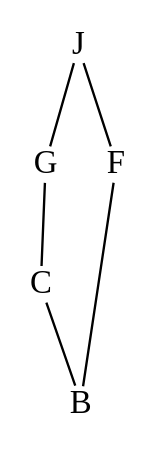
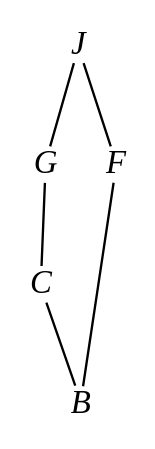
One commit to opencaesar/owl-tools changed the diagram in owl-close-world/step-2-child-identified.dot. Above: the diagram before and after it, drawn with Graphviz. The commit also changed 38 other files, not shown here.

```diff
--- a/owl-close-world/step-2-child-identified.dot
+++ b/owl-close-world/step-2-child-identified.dot
@@ -1,58 +1,63 @@
 digraph BundleClosure__Taxonomy {
     rankdir = BT
 
     G [
+        fontname = "Times-Italic",
         fontsize = 14,
         shape = plain,
         label = G
     ]
 
     J [
+        fontname = "Times-Italic",
         fontsize = 14,
         shape = plain,
         label = J
     ]
 
     C [
+        fontname = "Times-Italic",
         fontsize = 14,
         shape = plain,
         label = C
     ]
 
     F [
+        fontname = "Times-Italic",
         fontsize = 14,
         shape = plain,
         label = F
     ]
 
     B [
+        fontname = "Times-Italic",
         fontsize = 14,
         shape = plain,
         label = B
     ]
 
     G -> J [
         arrowhead = none,
         fontsize = 8
     ]
 
     C -> G [
         arrowhead = none,
         fontsize = 8
     ]
 
     F -> J [
         arrowhead = none,
         fontsize = 8
     ]
 
     B -> C [
         arrowhead = none,
         fontsize = 8
     ]
 
     B -> F [
         arrowhead = none,
         fontsize = 8
     ]
 }
```
